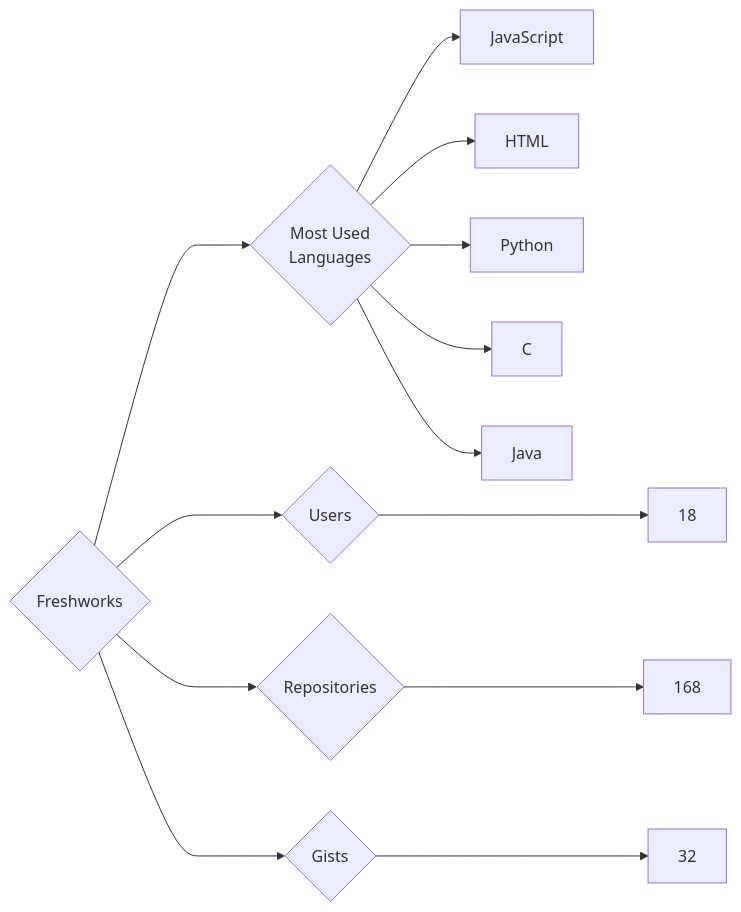
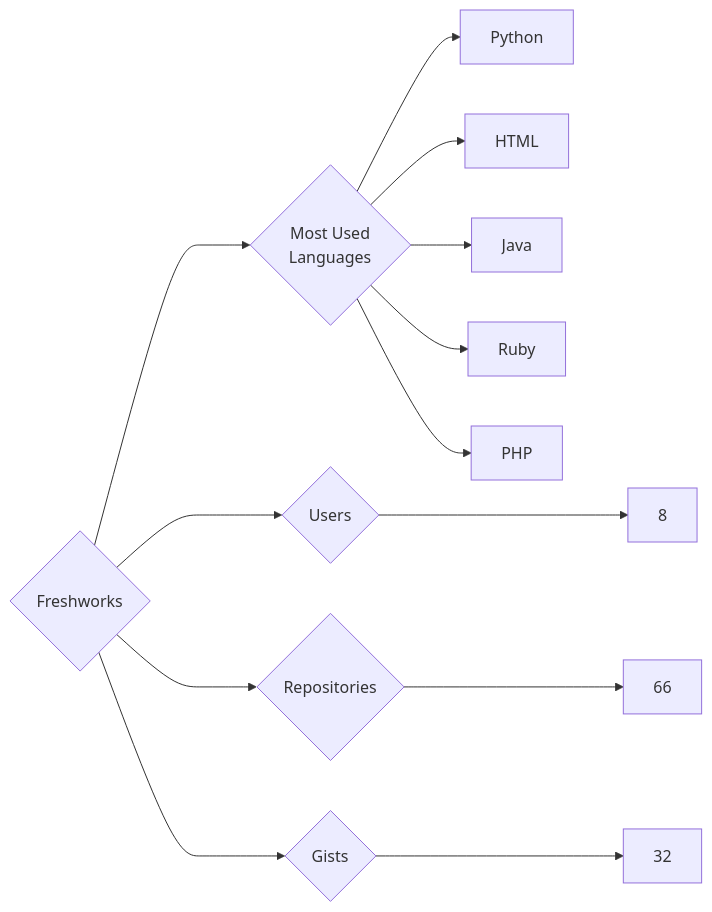
Before and after one commit to trickest/insiders: the diagram in targets/Freshworks/README.md, drawn with Mermaid. The commit also changed 899 other files, not shown here.

````diff
--- a/targets/Freshworks/README.md
+++ b/targets/Freshworks/README.md
@@ -3,13 +3,13 @@
 ```mermaid
 graph LR
 COMPANY_NAME{Freshworks}
-COMPANY_NAME ---> U{Users} ---> UN[18]
-COMPANY_NAME ---> R{Repositories} ---> RN[168]
+COMPANY_NAME ---> U{Users} ---> UN[8]
+COMPANY_NAME ---> R{Repositories} ---> RN[66]
 COMPANY_NAME ---> G{Gists} ---> GN[32]
 COMPANY_NAME ---> ML{Most Used<br>Languages}
-ML --> JavaScript[JavaScript]
+ML --> Python[Python]
 ML --> HTML[HTML]
-ML --> Python[Python]
-ML --> C[C]
 ML --> Java[Java]
+ML --> Ruby[Ruby]
+ML --> PHP[PHP]
 ```
````
